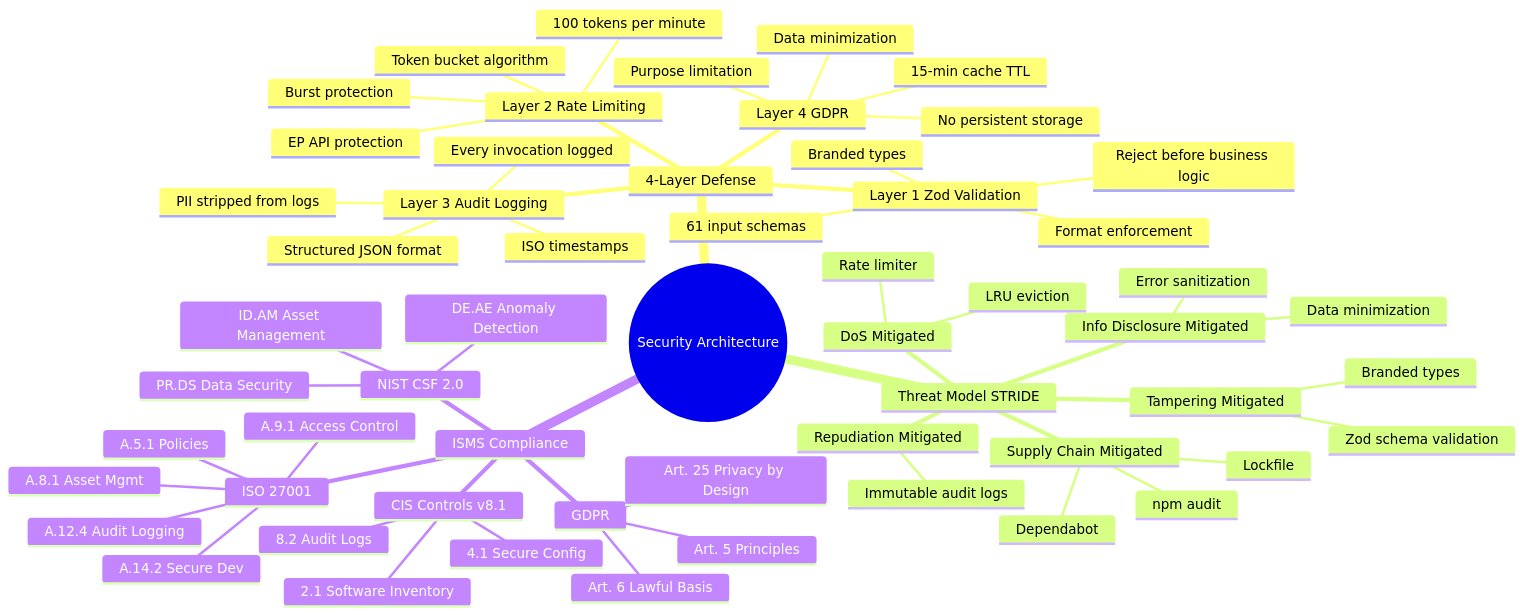
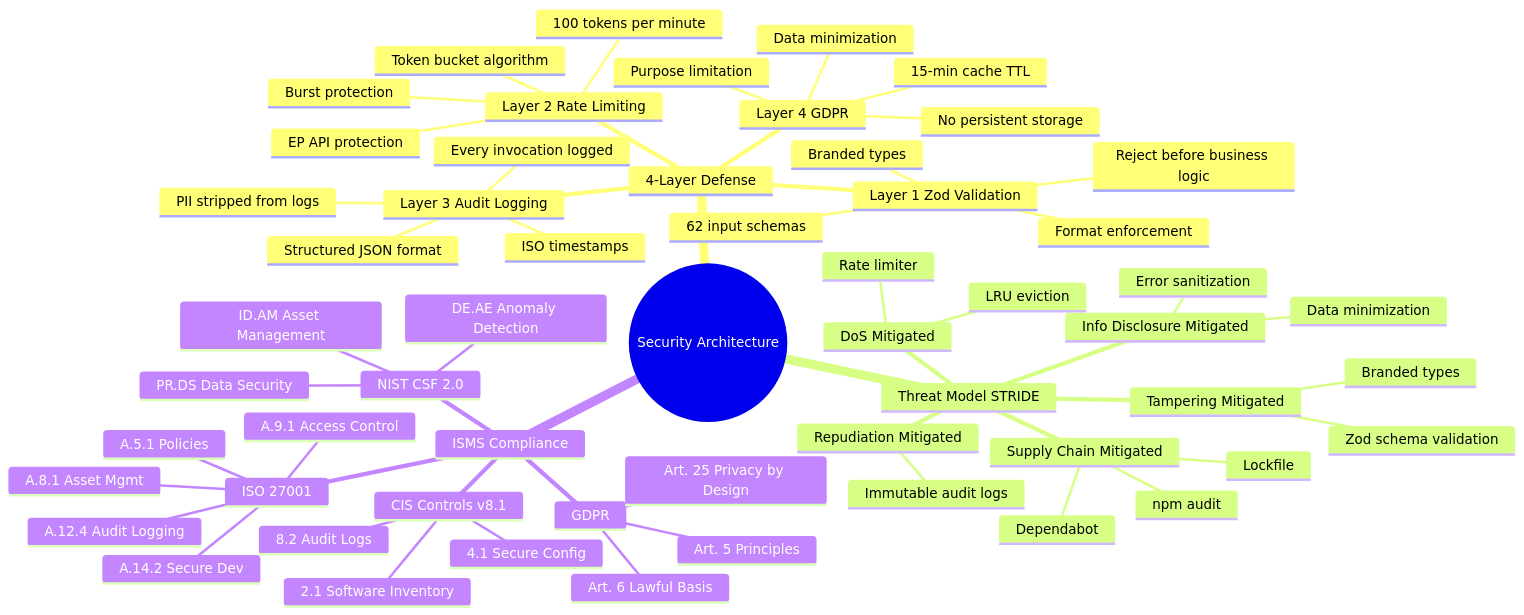
One commit to Hack23/European-Parliament-MCP-Server changed the fourth of 5 diagrams in MINDMAP.md. Above: the diagram before and after it, drawn with Mermaid. The commit also changed other lines of this file and 12 other files, not shown here.

````diff
--- a/MINDMAP.md
+++ b/MINDMAP.md
@@ -323,60 +323,60 @@
 ```mermaid
 mindmap
   root((Security Architecture))
     4-Layer Defense
       Layer 1 Zod Validation
-        61 input schemas
+        62 input schemas
         Branded types
         Format enforcement
         Reject before business logic
       Layer 2 Rate Limiting
         Token bucket algorithm
         100 tokens per minute
         Burst protection
         EP API protection
       Layer 3 Audit Logging
         Every invocation logged
         PII stripped from logs
         ISO timestamps
         Structured JSON format
       Layer 4 GDPR
         Data minimization
         Purpose limitation
         15-min cache TTL
         No persistent storage
     Threat Model STRIDE
       Tampering Mitigated
         Zod schema validation
         Branded types
       Repudiation Mitigated
         Immutable audit logs
       Info Disclosure Mitigated
         Data minimization
         Error sanitization
       DoS Mitigated
         Rate limiter
         LRU eviction
       Supply Chain Mitigated
         Dependabot
         npm audit
         Lockfile
     ISMS Compliance
       ISO 27001
         A.5.1 Policies
         A.8.1 Asset Mgmt
         A.9.1 Access Control
         A.12.4 Audit Logging
         A.14.2 Secure Dev
       NIST CSF 2.0
         ID.AM Asset Management
         PR.DS Data Security
         DE.AE Anomaly Detection
       CIS Controls v8.1
         2.1 Software Inventory
         4.1 Secure Config
         8.2 Audit Logs
       GDPR
         Art. 5 Principles
         Art. 25 Privacy by Design
         Art. 6 Lawful Basis
 ```
````
